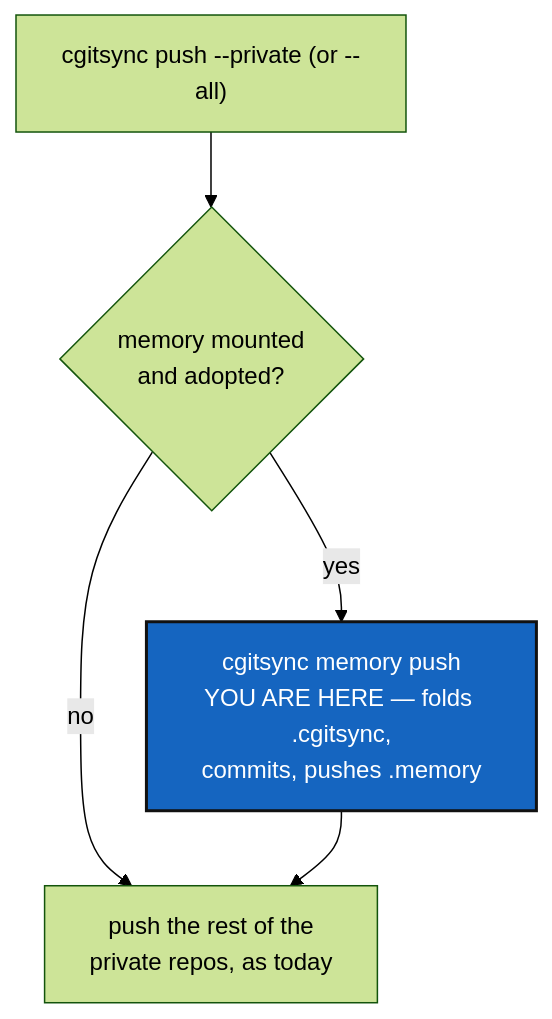
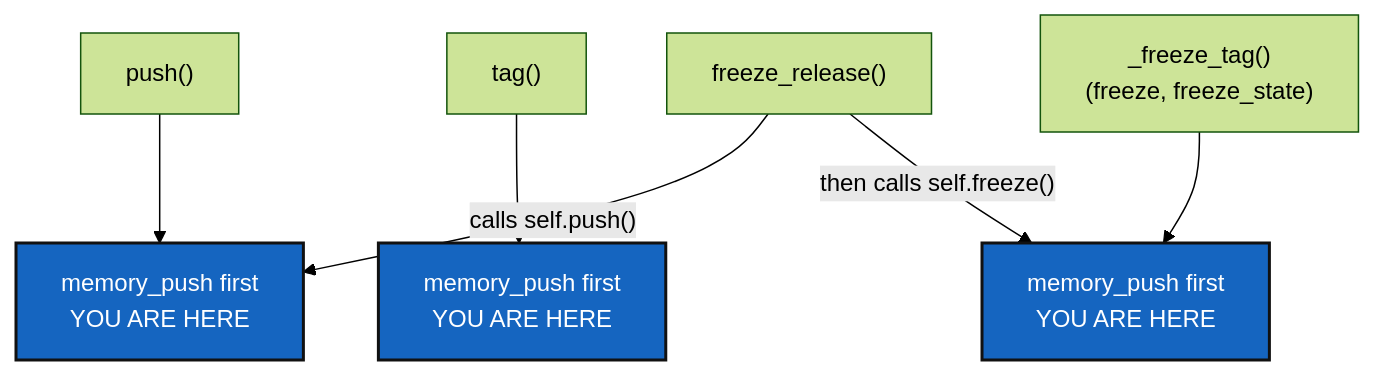
Before and after one commit to flipoyo/.localSpec: the diagram in DevTickets/openTickets/main_1-3_PushFoldsMemory_DevPlanTicket.md, drawn with Mermaid (forest theme). The commit also changed other lines of this file, not shown here.

Commit message:
revise PushFoldsMemory per owner feedback: the fold is unconditional (not gated on --private/--all), and traces which of tag/freeze/freeze-release actually inherit it from push() versus need their own line

````diff
--- a/DevTickets/openTickets/main_1-3_PushFoldsMemory_DevPlanTicket.md
+++ b/DevTickets/openTickets/main_1-3_PushFoldsMemory_DevPlanTicket.md
@@ -50,10 +69,11 @@
 ```mermaid
 graph TD
-    PUSH["cgitsync push --private (or --all)"] --> HASMEM{"memory mounted<br/>and adopted?"}
-    HASMEM -->|no| REST["push the rest of the<br/>private repos, as today"]
-    HASMEM -->|yes| MEMPUSH["cgitsync memory push<br/>YOU ARE HERE — folds .cgitsync,<br/>commits, pushes .memory"]
-    MEMPUSH --> REST
+    PUSH["push()"] --> FOLD1["memory_push first<br/>YOU ARE HERE"]
+    TAG["tag()"] --> FOLD2["memory_push first<br/>YOU ARE HERE"]
+    FREEZETAG["_freeze_tag()<br/>(freeze, freeze_state)"] --> FOLD3["memory_push first<br/>YOU ARE HERE"]
+    RELEASE["freeze_release()"] -->|"calls self.push()"| FOLD1
+    RELEASE -->|"then calls self.freeze()"| FOLD3
 
     classDef here fill:#1565C0,color:#fff,stroke:#111,stroke-width:2px;
-    class MEMPUSH here;
+    class FOLD1,FOLD2,FOLD3 here;
 ```
````
